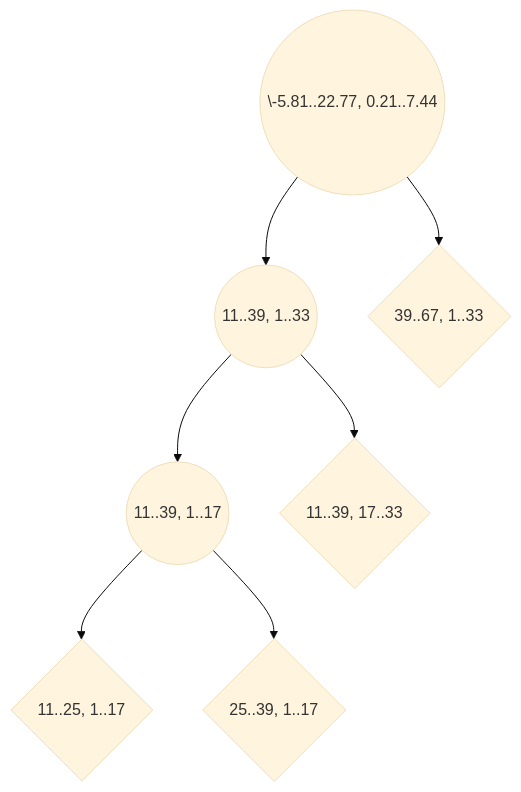
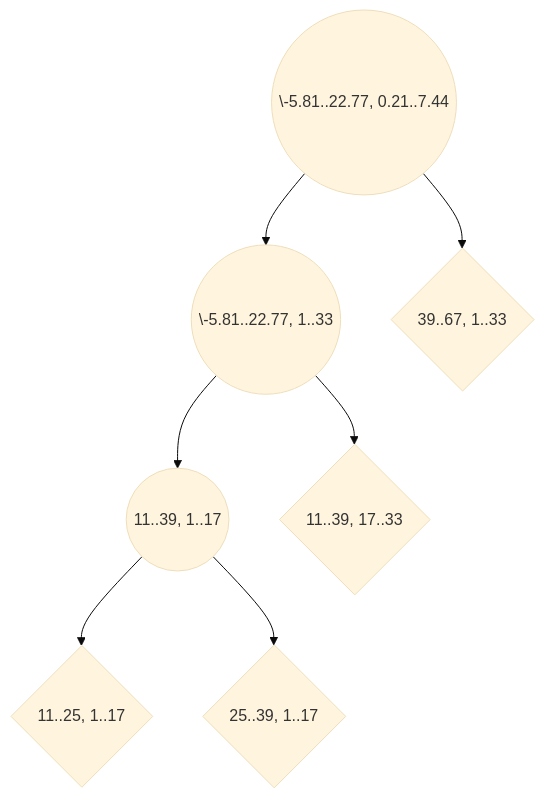
Before and after one commit to chazzka/clanekforest: the diagram in clanek.md, drawn with Mermaid (base theme). The commit also changed other lines of this file, not shown here.

````diff
--- a/clanek.md
+++ b/clanek.md
@@ -281,10 +281,10 @@
 ```mermaid
 graph TB
 A((\-5.81..22.77, 0.21..7.44))
-A --> B((11..39, 1..33))
+A --> B((\-5.81..22.77, 1..33)) 
 A --> C{39..67, 1..33}
 B --> D((11..39, 1..17))
 B --> E{11..39, 17..33}
 D --> F{11..25, 1..17}
 D --> G{25..39, 1..17}
 ```
````
